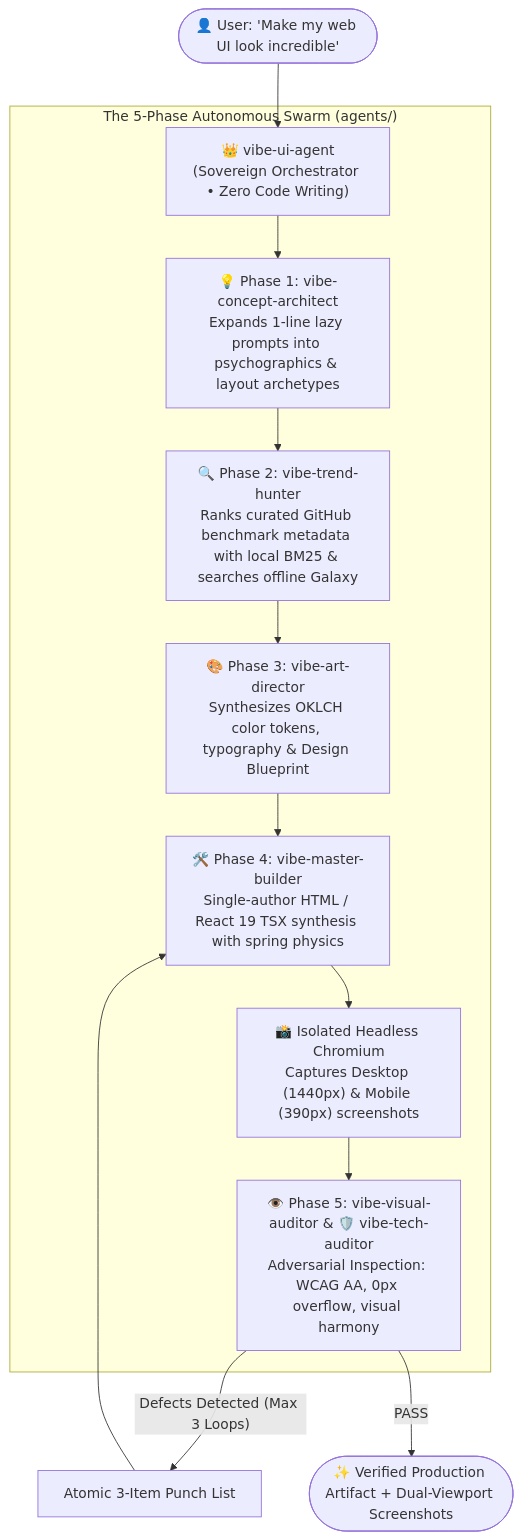
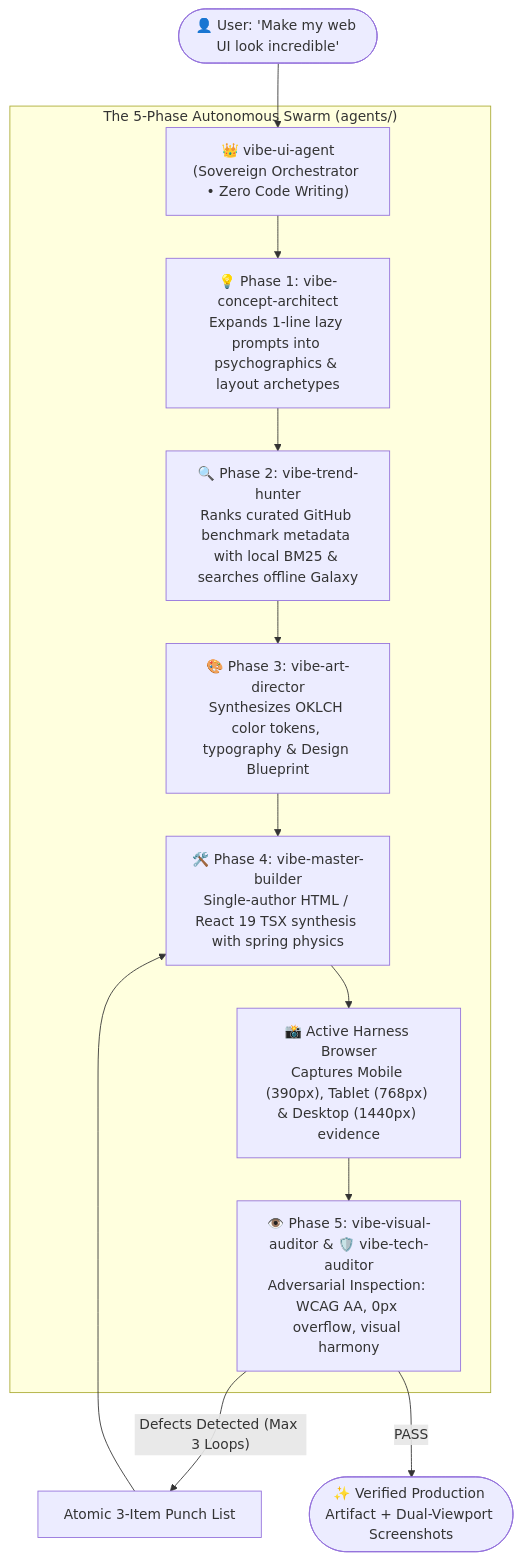
The diagram in README.md (omid-io/vibe-ui-suite), drawn with Mermaid before and after one commit. The commit also changed other lines of this file and 53 other files, not shown here.

First line of the commit message:
Remove bundled browser automation; adopt harness-native evidence (#9)

````diff
--- a/README.md
+++ b/README.md
@@ -84,17 +84,17 @@
 ```mermaid
 flowchart TD
     User(["👤 User: 'Make my web UI look incredible'"]) --> Orchestrator["👑 vibe-ui-agent<br/>(Sovereign Orchestrator • Zero Code Writing)"]
     
     subgraph SwarmPipeline ["The 5-Phase Autonomous Swarm (agents/)"]
         Orchestrator --> P1["💡 Phase 1: vibe-concept-architect<br/>Expands 1-line lazy prompts into psychographics & layout archetypes"]
         P1 --> P2["🔍 Phase 2: vibe-trend-hunter<br/>Ranks curated GitHub benchmark metadata with local BM25 & searches offline Galaxy"]
         P2 --> P3["🎨 Phase 3: vibe-art-director<br/>Synthesizes OKLCH color tokens, typography & Design Blueprint"]
         P3 --> P4["🛠️ Phase 4: vibe-master-builder<br/>Single-author HTML / React 19 TSX synthesis with spring physics"]
-        P4 --> P5["📸 Isolated Headless Chromium<br/>Captures Desktop (1440px) & Mobile (390px) screenshots"]
+        P4 --> P5["📸 Active Harness Browser<br/>Captures Mobile (390px), Tablet (768px) & Desktop (1440px) evidence"]
         P5 --> P6["👁️ Phase 5: vibe-visual-auditor & 🛡️ vibe-tech-auditor<br/>Adversarial Inspection: WCAG AA, 0px overflow, visual harmony"]
     end
     
     P6 -- "Defects Detected (Max 3 Loops)" --> PunchList["Atomic 3-Item Punch List"]
     PunchList --> P4
     P6 -- "PASS" --> Delivery(["✨ Verified Production Artifact + Dual-Viewport Screenshots"])
 ```
````
